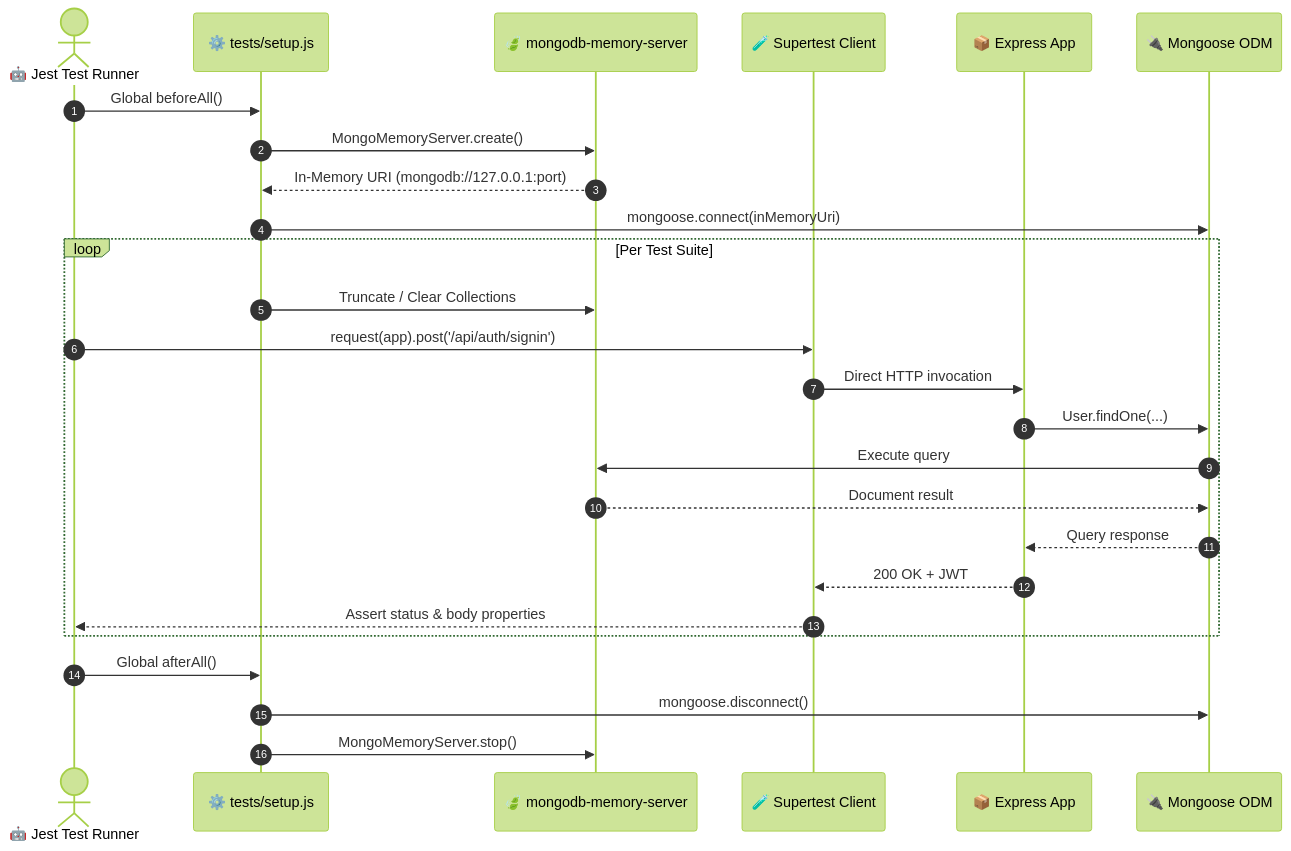
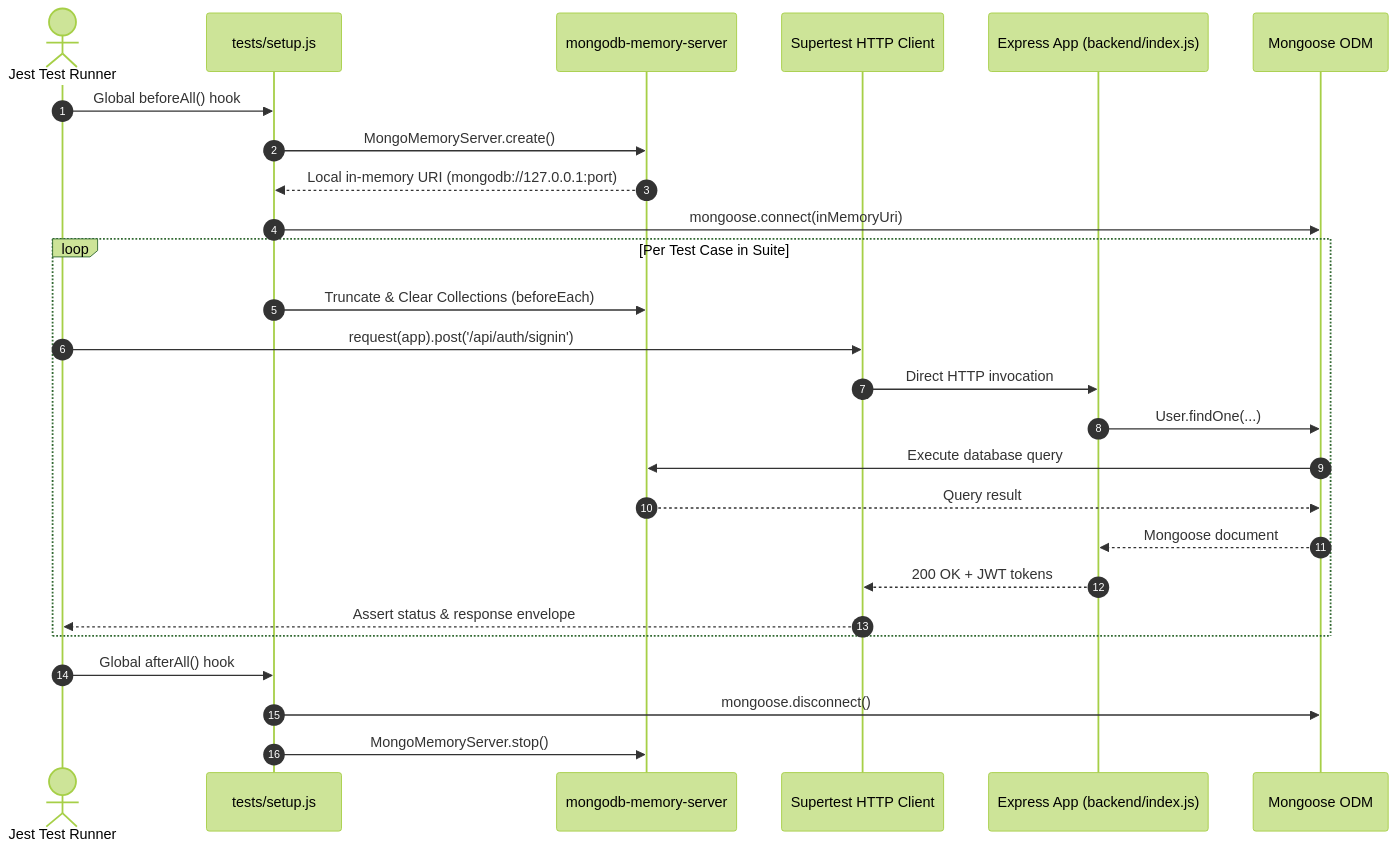
One commit to Purvesh-PJ/bloghub changed the second of 2 diagrams in docs/testing.md. Above: the diagram before and after it, drawn with Mermaid (forest theme). The commit also changed other lines of this file, not shown here.

````diff
--- a/docs/testing.md
+++ b/docs/testing.md
@@ -105,31 +146,31 @@
 ```mermaid
 sequenceDiagram
     autonumber
-    actor Runner as 🤖 Jest Test Runner
-    participant Setup as ⚙️ tests/setup.js
-    participant MongoMemory as 🍃 mongodb-memory-server
-    participant Supertest as 🧪 Supertest Client
-    participant App as 📦 Express App
-    participant Mongoose as 🔌 Mongoose ODM
+    actor Runner as Jest Test Runner
+    participant Setup as tests/setup.js
+    participant MemoryDB as mongodb-memory-server
+    participant Supertest as Supertest HTTP Client
+    participant App as Express App (backend/index.js)
+    participant Mongoose as Mongoose ODM
 
-    Runner->>Setup: Global beforeAll()
-    Setup->>MongoMemory: MongoMemoryServer.create()
-    MongoMemory-->>Setup: In-Memory URI (mongodb://127.0.0.1:port)
+    Runner->>Setup: Global beforeAll() hook
+    Setup->>MemoryDB: MongoMemoryServer.create()
+    MemoryDB-->>Setup: Local in-memory URI (mongodb://127.0.0.1:port)
     Setup->>Mongoose: mongoose.connect(inMemoryUri)
 
-    loop Per Test Suite
-        Setup->>MongoMemory: Truncate / Clear Collections
+    loop Per Test Case in Suite
+        Setup->>MemoryDB: Truncate & Clear Collections (beforeEach)
         Runner->>Supertest: request(app).post('/api/auth/signin')
         Supertest->>App: Direct HTTP invocation
         App->>Mongoose: User.findOne(...)
-        Mongoose->>MongoMemory: Execute query
-        MongoMemory-->>Mongoose: Document result
-        Mongoose-->>App: Query response
-        App-->>Supertest: 200 OK + JWT
-        Supertest-->>Runner: Assert status & body properties
+        Mongoose->>MemoryDB: Execute database query
+        MemoryDB-->>Mongoose: Query result
+        Mongoose-->>App: Mongoose document
+        App-->>Supertest: 200 OK + JWT tokens
+        Supertest-->>Runner: Assert status & response envelope
     end
 
-    Runner->>Setup: Global afterAll()
+    Runner->>Setup: Global afterAll() hook
     Setup->>Mongoose: mongoose.disconnect()
-    Setup->>MongoMemory: MongoMemoryServer.stop()
+    Setup->>MemoryDB: MongoMemoryServer.stop()
 ```
````
